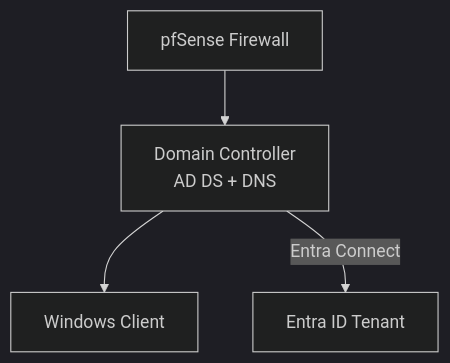
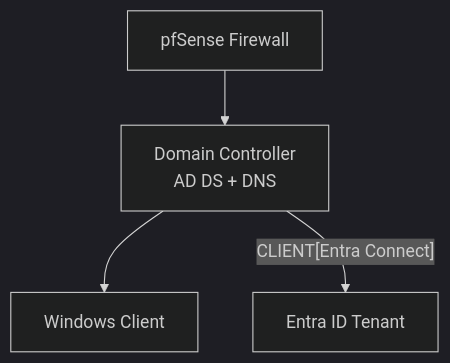
One commit to AxelFoley4/Cybersecurity-Projects changed the diagram in iam-home-lab/README.md. Above: the diagram before and after it, drawn with Mermaid (dark theme).

````diff
--- a/iam-home-lab/README.md
+++ b/iam-home-lab/README.md
@@ -16,6 +16,6 @@
 ```mermaid
 flowchart TD
     FW[pfSense Firewall] --> DC[Domain Controller<br/>AD DS + DNS]
     DC --> CLIENT[Windows Client]
-    DC -- Entra Connect --> ENTRA[Entra ID Tenant]
+    DC -- CLIENT[Entra Connect] --> ENTRA[Entra ID Tenant]
 ```
````
